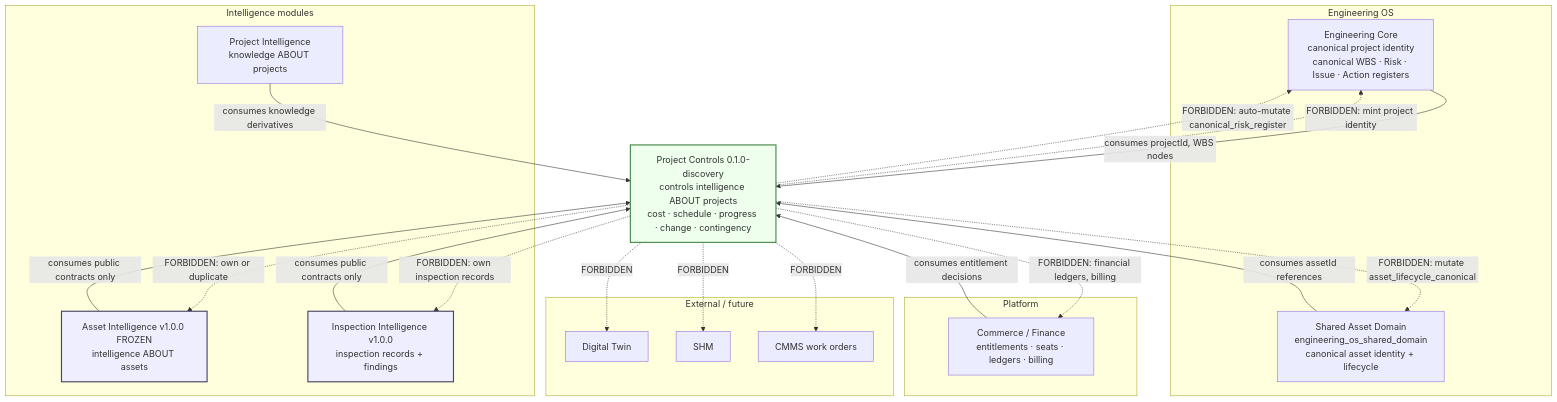
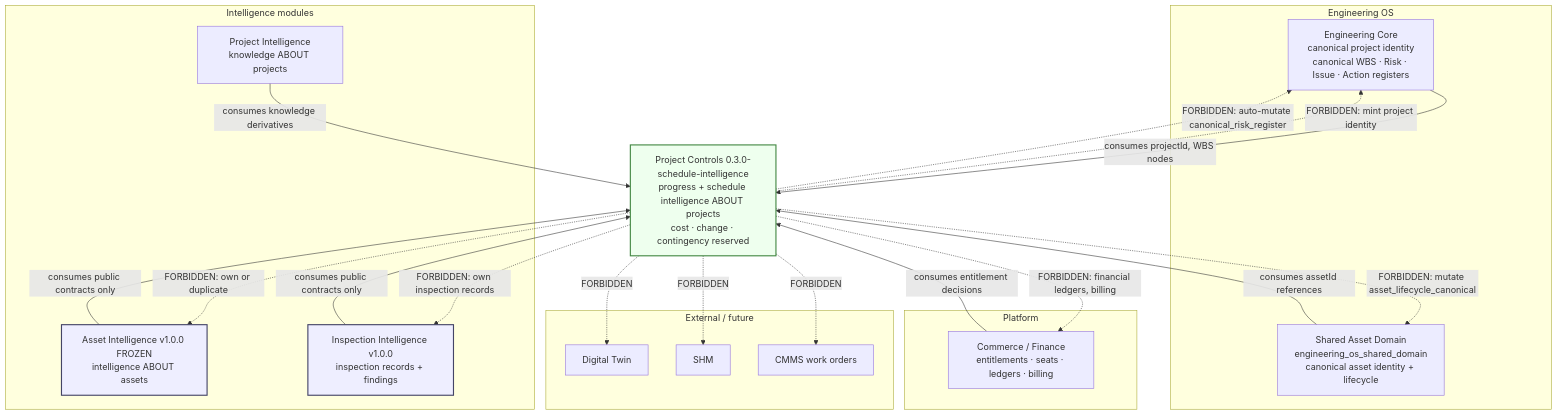
The diagram in docs/architecture/PROJECT_CONTROLS_BOUNDARY_MAP.md (sberso2026/AI-Platform), drawn with Mermaid before and after one commit. The commit also changed other lines of this file and 31 other files, not shown here.

First line of the commit message:
Implement Phase 11C schedule intelligence as a Project Context Engine contributor.

````diff
--- a/docs/architecture/PROJECT_CONTROLS_BOUNDARY_MAP.md
+++ b/docs/architecture/PROJECT_CONTROLS_BOUNDARY_MAP.md
@@ -11,47 +11,47 @@
 ```mermaid
 flowchart TB
   subgraph EOS["Engineering OS"]
     CORE["Engineering Core<br/>canonical project identity<br/>canonical WBS · Risk · Issue · Action registers"]
     SHARED["Shared Asset Domain<br/>engineering_os_shared_domain<br/>canonical asset identity + lifecycle"]
   end
 
   subgraph MODULES["Intelligence modules"]
     PI["Project Intelligence<br/>knowledge ABOUT projects"]
     AI["Asset Intelligence v1.0.0 FROZEN<br/>intelligence ABOUT assets"]
     II["Inspection Intelligence v1.0.0<br/>inspection records + findings"]
   end
 
   subgraph PLATFORM["Platform"]
     COMMERCE["Commerce / Finance<br/>entitlements · seats · ledgers · billing"]
   end
 
   subgraph EXTERNAL["External / future"]
     TWIN["Digital Twin"]
     SHM["SHM"]
     CMMS["CMMS work orders"]
   end
 
-  PC["Project Controls 0.1.0-discovery<br/>controls intelligence ABOUT projects<br/>cost · schedule · progress · change · contingency"]
+  PC["Project Controls 0.3.0-schedule-intelligence<br/>progress + schedule intelligence ABOUT projects<br/>cost · change · contingency reserved"]
 
   CORE -->|consumes projectId, WBS nodes| PC
   PI -->|consumes knowledge derivatives| PC
   AI -->|consumes public contracts only| PC
   II -->|consumes public contracts only| PC
   COMMERCE -->|consumes entitlement decisions| PC
   SHARED -->|consumes assetId references| PC
 
   PC -.->|FORBIDDEN: mint project identity| CORE
   PC -.->|FORBIDDEN: auto-mutate canonical_risk_register| CORE
   PC -.->|FORBIDDEN: mutate asset_lifecycle_canonical| SHARED
   PC -.->|FORBIDDEN: own or duplicate| AI
   PC -.->|FORBIDDEN: own inspection records| II
   PC -.->|FORBIDDEN: financial ledgers, billing| COMMERCE
   PC -.->|FORBIDDEN| TWIN
   PC -.->|FORBIDDEN| SHM
   PC -.->|FORBIDDEN| CMMS
 
   classDef frozen fill:#eef,stroke:#446,stroke-width:2px;
   classDef pc fill:#efe,stroke:#484,stroke-width:2px;
   class AI,II frozen;
   class PC pc;
 ```
````
